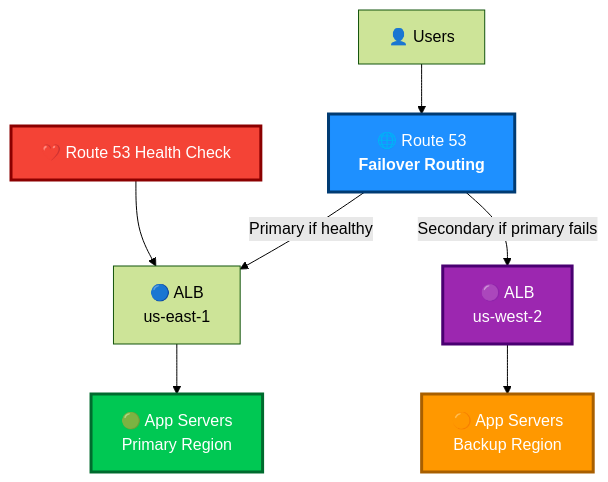
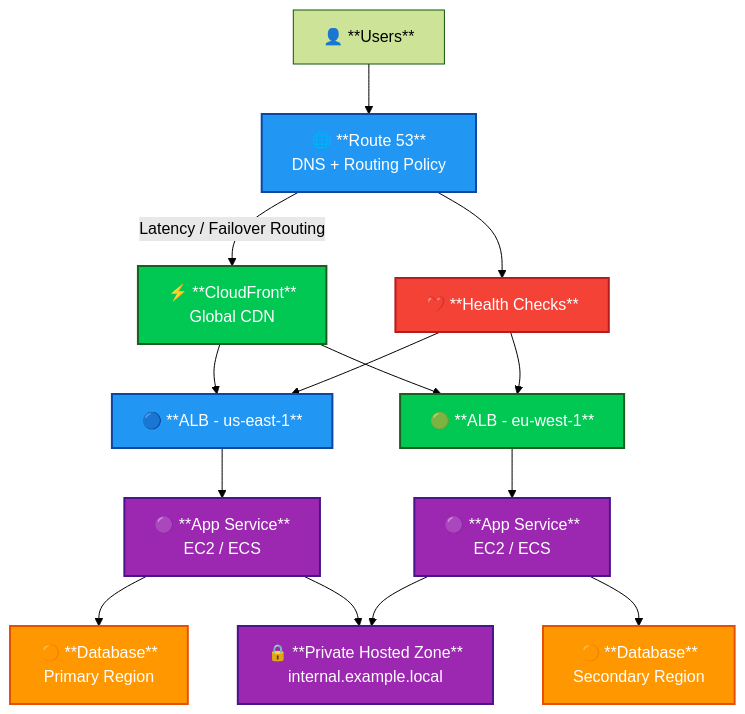
Before and after one commit to hsabit01/aws-study-guide: the diagram in notes/Route 53.md, drawn with Mermaid (forest theme). The commit also changed other lines of this file, not shown here.

Commit message:
route 53 is added

````diff
--- a/notes/Route 53.md
+++ b/notes/Route 53.md
@@ -710,24 +719,34 @@
 ```mermaid
 flowchart TD
-    User["👤 Users"] --> R53["🌐 Route 53<br/><b>Failover Routing</b>"]
+    U["👤 **Users**"] --> R53["🌐 **Route 53**<br/>DNS + Routing Policy"]
 
-    R53 -->|Primary if healthy| ALB1["🔵 ALB<br/>us-east-1"]
-    R53 -->|Secondary if primary fails| ALB2["🟣 ALB<br/>us-west-2"]
+    R53 -->|Latency / Failover Routing| CF["⚡ **CloudFront**<br/>Global CDN"]
 
-    ALB1 --> App1["🟢 App Servers<br/>Primary Region"]
-    ALB2 --> App2["🟠 App Servers<br/>Backup Region"]
+    CF --> ALB1["🔵 **ALB - us-east-1**"]
+    CF --> ALB2["🟢 **ALB - eu-west-1**"]
 
-    HC["❤️ Route 53 Health Check"] --> ALB1
+    ALB1 --> APP1["🟣 **App Service**<br/>EC2 / ECS"]
+    ALB2 --> APP2["🟣 **App Service**<br/>EC2 / ECS"]
 
-    classDef blue fill:#1E90FF,stroke:#003B73,color:#ffffff,stroke-width:3px;
-    classDef green fill:#00C853,stroke:#006B2E,color:#ffffff,stroke-width:3px;
-    classDef orange fill:#FF9800,stroke:#A85F00,color:#ffffff,stroke-width:3px;
-    classDef purple fill:#9C27B0,stroke:#4A0072,color:#ffffff,stroke-width:3px;
-    classDef red fill:#F44336,stroke:#8B0000,color:#ffffff,stroke-width:3px;
+    APP1 --> DB1["🟠 **Database**<br/>Primary Region"]
+    APP2 --> DB2["🟠 **Database**<br/>Secondary Region"]
 
-    class R53 blue;
-    class App1 green;
-    class App2 orange;
-    class ALB2 purple;
+    R53 --> HC["❤️ **Health Checks**"]
+    HC --> ALB1
+    HC --> ALB2
+
+    APP1 --> PHZ["🔒 **Private Hosted Zone**<br/>internal.example.local"]
+    APP2 --> PHZ
+
+    classDef blue fill:#2196F3,stroke:#0D47A1,color:#ffffff,stroke-width:2px;
+    classDef green fill:#00C853,stroke:#1B5E20,color:#ffffff,stroke-width:2px;
+    classDef orange fill:#FF9800,stroke:#E65100,color:#ffffff,stroke-width:2px;
+    classDef purple fill:#9C27B0,stroke:#4A148C,color:#ffffff,stroke-width:2px;
+    classDef red fill:#F44336,stroke:#B71C1C,color:#ffffff,stroke-width:2px;
+
+    class R53,ALB1 blue;
+    class ALB2,CF green;
+    class DB1,DB2 orange;
+    class APP1,APP2,PHZ purple;
     class HC red;
 ```
````
